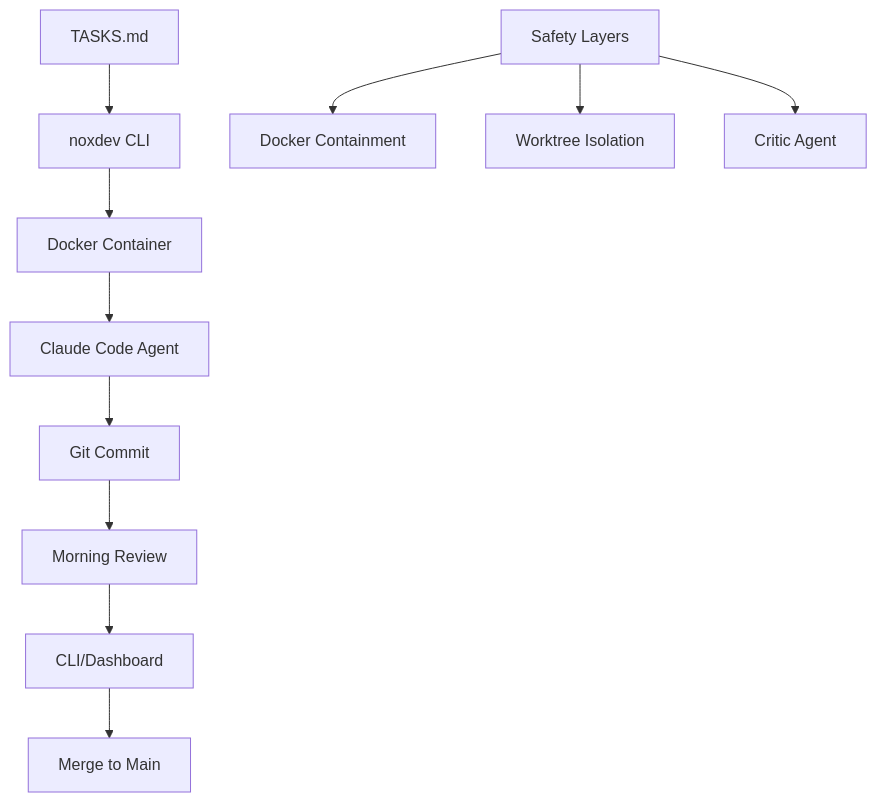
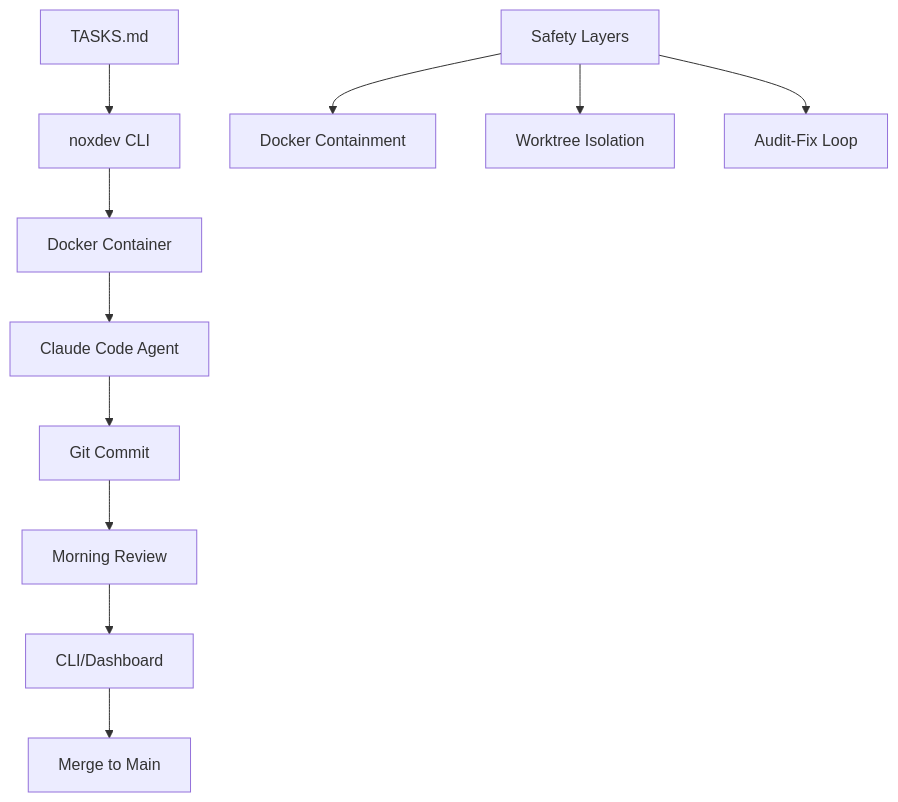
The diagram in README.md (eugeneorlov/noxdev), drawn with Mermaid before and after one commit. The commit also changed other lines of this file and 6 other files, not shown here.

````diff
--- a/README.md
+++ b/README.md
@@ -77,15 +75,15 @@
 ```mermaid
 graph TB
     A[TASKS.md] --> B[noxdev CLI]
     B --> C[Docker Container]
     C --> D[Claude Code Agent]
     D --> E[Git Commit]
     E --> F[Morning Review]
     F --> G[CLI/Dashboard]
     G --> H[Merge to Main]
 
     I[Safety Layers]
     I --> J[Docker Containment]
     I --> K[Worktree Isolation]
-    I --> L[Critic Agent]
+    I --> L[Audit-Fix Loop]
 ```
````
